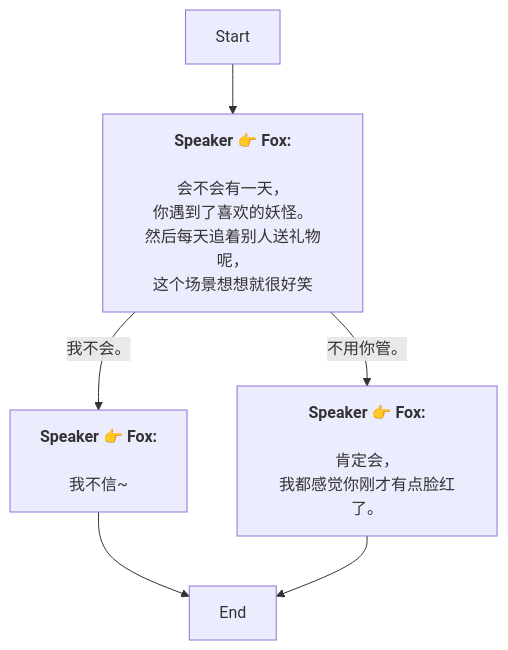
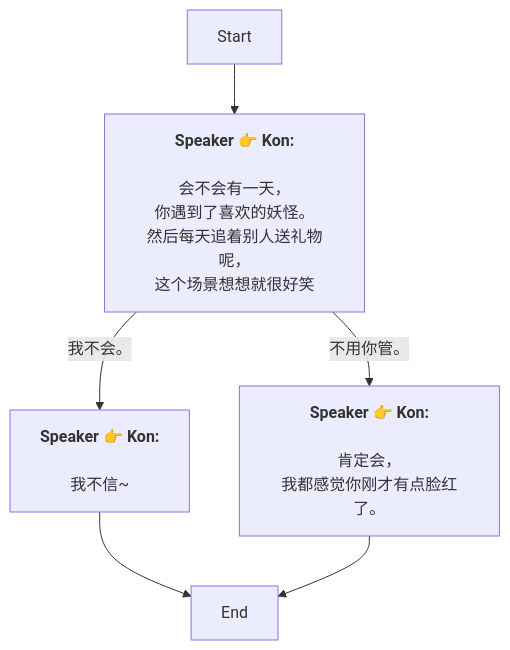
The diagram in Zh/QuestStartTalkENode_1751475250371921.md (SoftHu/tos_avg), drawn with Mermaid before and after one commit. The commit also changed 730 other files, not shown here.

````diff
--- a/Zh/QuestStartTalkENode_1751475250371921.md
+++ b/Zh/QuestStartTalkENode_1751475250371921.md
@@ -1,15 +1,15 @@
 ```mermaid
 graph
-Start -->1751475306371413[<b>Speaker 👉 Fox:</b>
+Start -->1751475306371413[<b>Speaker 👉 Kon:</b>
 \n会不会有一天，
 你遇到了喜欢的妖怪。\n然后每天追着别人送礼物呢，
 这个场景想想就很好笑]
-1751475306371413 -->|不用你管。|1751475386044764[<b>Speaker 👉 Fox:</b>
+1751475306371413 -->|不用你管。|1751475386044764[<b>Speaker 👉 Kon:</b>
 \n肯定会，
 我都感觉你刚才有点脸红了。]
-1751475306371413 -->|我不会。|1751475373995355[<b>Speaker 👉 Fox:</b>
+1751475306371413 -->|我不会。|1751475373995355[<b>Speaker 👉 Kon:</b>
 \n我不信~]
 1751475373995355 -->1751475304513876[End]
 1751475386044764 -->1751475304513876[End]
 
 ```
````
